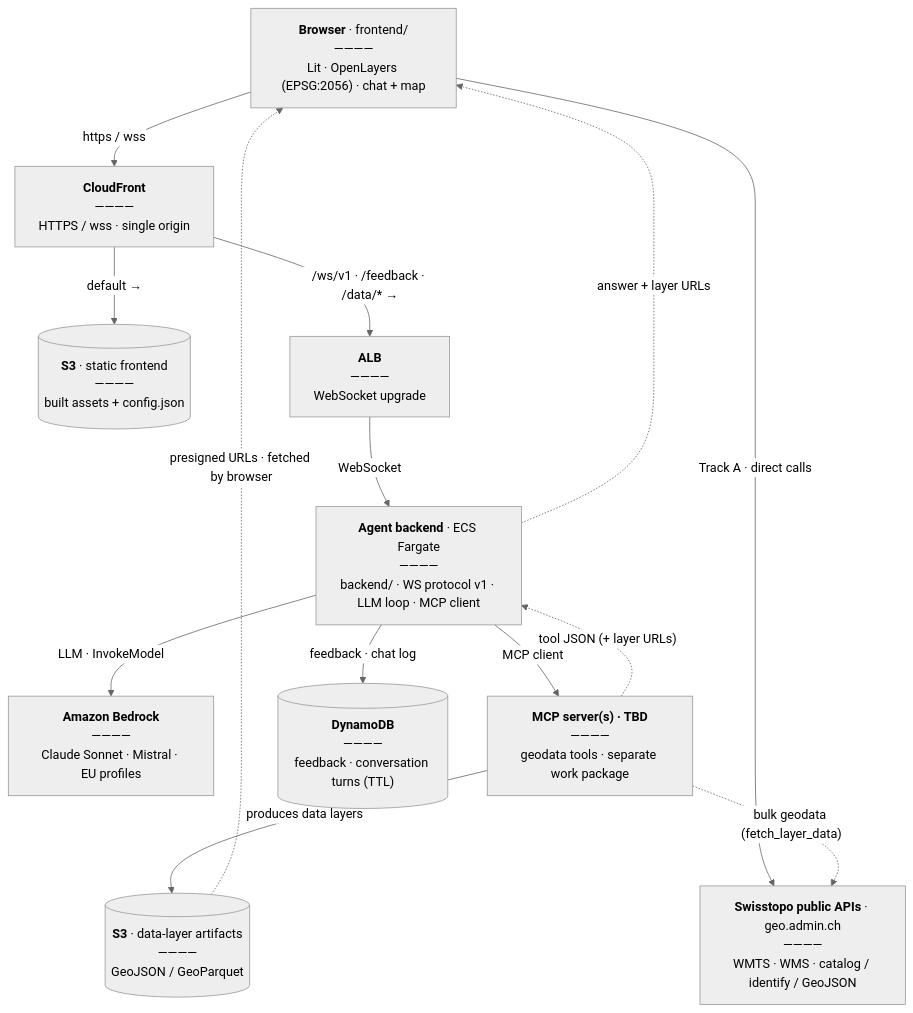
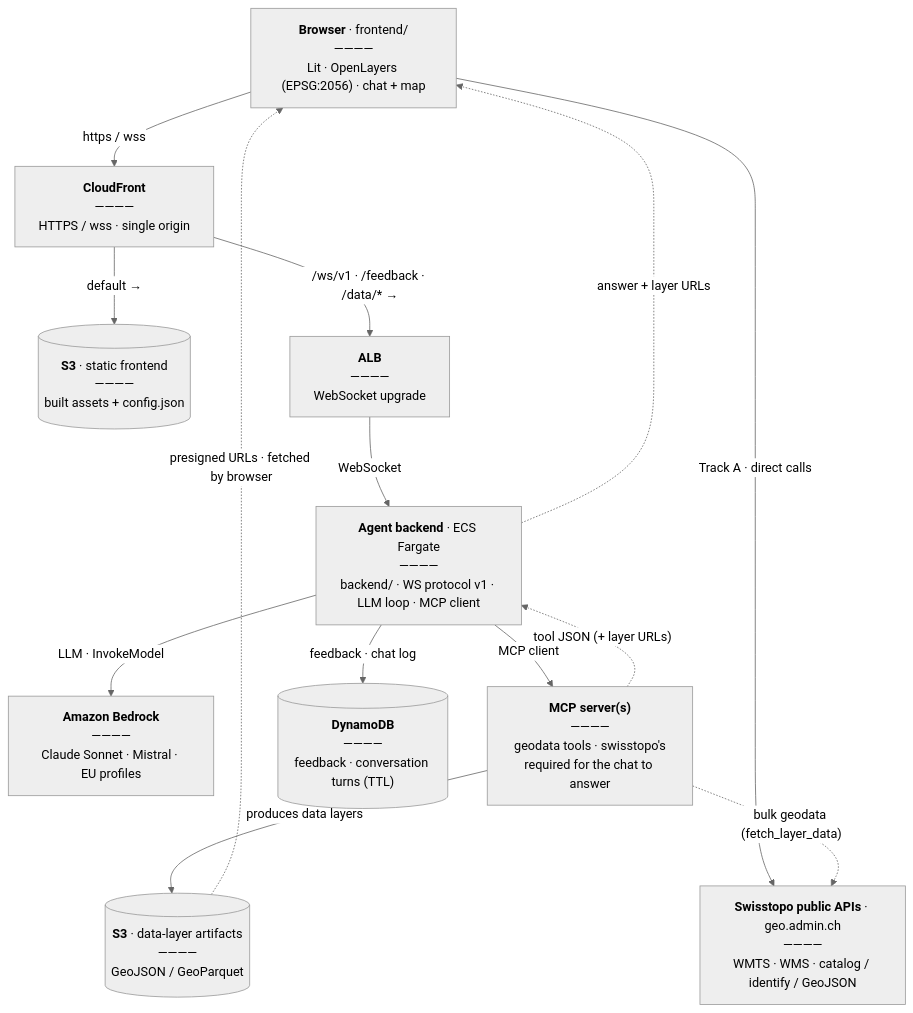
The diagram in docs/architecture.md (swisstopo/sgs-llm), drawn with Mermaid (neutral theme) before and after one commit. The commit also changed other lines of this file and 60 other files, not shown here.

````diff
--- a/docs/architecture.md
+++ b/docs/architecture.md
@@ -17,49 +19,50 @@
 ```mermaid
 flowchart TB
     browser["`**Browser** · frontend/
 ————
 Lit · OpenLayers (EPSG:2056) · chat + map`"]
 
     topo["`**Swisstopo public APIs** · geo.admin.ch
 ————
 WMTS · WMS · catalog / identify / GeoJSON`"]
 
     cf["`**CloudFront**
 ————
 HTTPS / wss · single origin`"]
     s3f[("`**S3** · static frontend
 ————
 built assets + config.json`")]
     alb["`**ALB**
 ————
 WebSocket upgrade`"]
     orch["`**Agent backend** · ECS Fargate
 ————
 backend/ · WS protocol v1 · LLM loop · MCP client`"]
     bedrock["`**Amazon Bedrock**
 ————
 Claude Sonnet · Mistral · EU profiles`"]
-    mcp["`**MCP server(s) · TBD**
+    mcp["`**MCP server(s)**
 ————
-geodata tools · separate work package`"]
+geodata tools · swisstopo's
+required for the chat to answer`"]
     s3d[("`**S3** · data-layer artifacts
 ————
 GeoJSON / GeoParquet`")]
     ddb[("`**DynamoDB**
 ————
 feedback · conversation turns (TTL)`")]
 
     browser -- "https / wss" --> cf
     cf -- "default →" --> s3f
     cf -- "/ws/v1 · /feedback · /data/* →" --> alb
     alb -- "WebSocket" --> orch
     browser -- "Track A · direct calls" --> topo
     orch -- "LLM · InvokeModel" --> bedrock
     orch -- "MCP client" --> mcp
     orch -- "feedback · chat log" --> ddb
     mcp -- "produces data layers" --> s3d
     mcp -. "tool JSON (+ layer URLs)" .-> orch
     orch -. "answer + layer URLs" .-> browser
     s3d -. "presigned URLs · fetched by browser" .-> browser
     mcp -. "bulk geodata (fetch_layer_data)" .-> topo
 ```
````
